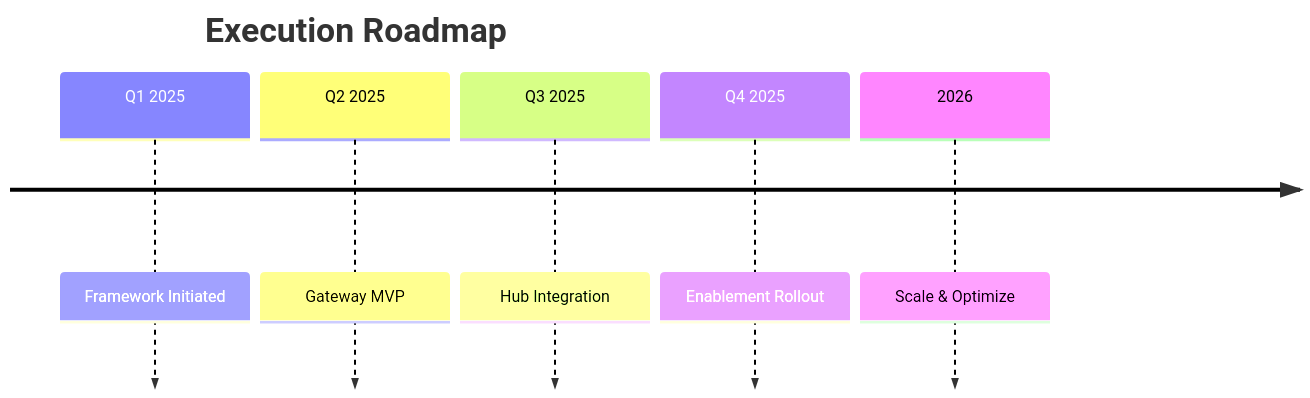
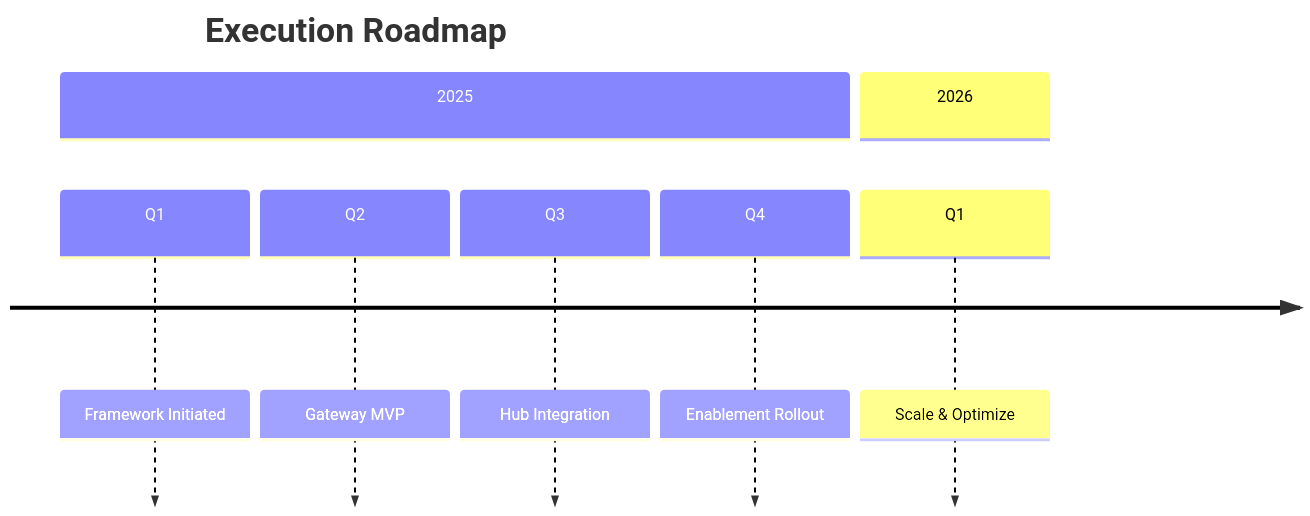
One commit to TedTschopp/tedt.org changed the first of 2 diagrams in _posts/Slides/template.md. Above: the diagram before and after it, drawn with Mermaid.

Commit message:
fix(mermaid): update timeline syntax for compatibility with Mermaid 10.9.4

```diff
--- a/_posts/Slides/template.md
+++ b/_posts/Slides/template.md
@@ -90,9 +90,13 @@
   <div class="mermaid">
   timeline
+    %% Using section grouping for Mermaid 10.9.4 timeline stability.
+    %% Changed from "Q1 2025 :" syntax (was throwing Syntax error in text) to sections + quarter labels.
     title Execution Roadmap
-    Q1 2025 : Framework Initiated
-    Q2 2025 : Gateway MVP
-    Q3 2025 : Hub Integration
-    Q4 2025 : Enablement Rollout
-    2026 : Scale & Optimize
+    section 2025
+      Q1 : Framework Initiated
+      Q2 : Gateway MVP
+      Q3 : Hub Integration
+      Q4 : Enablement Rollout
+    section 2026
+      Q1 : Scale & Optimize
   </div>
```
